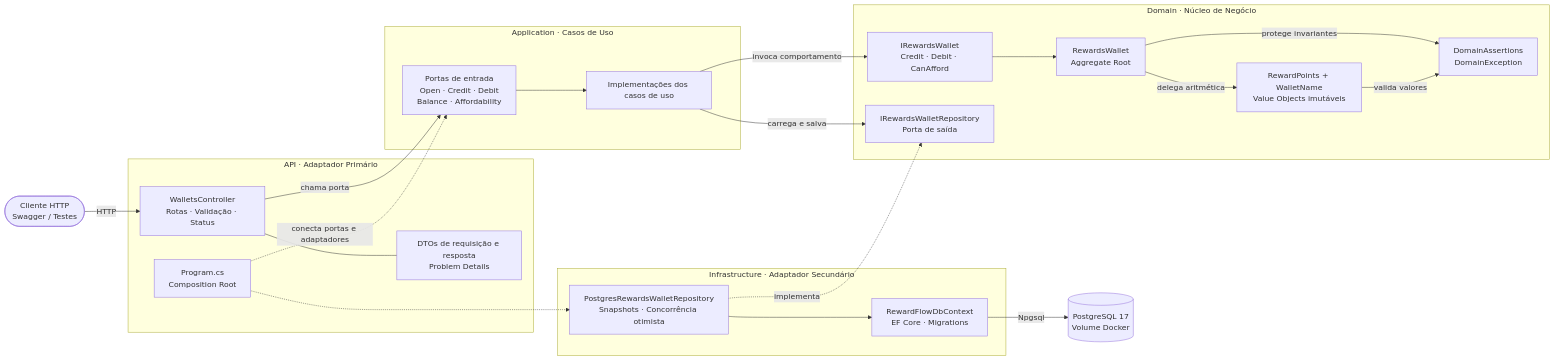
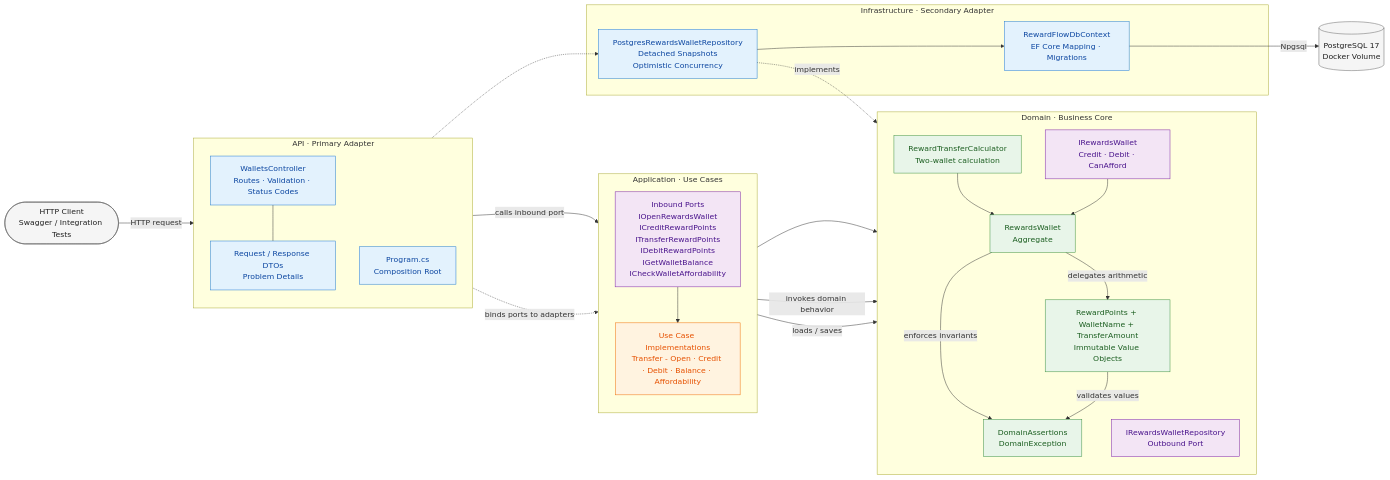
One commit to rfulgencio3/RewardFlow.SuppleDesign changed the second of 4 diagrams in README.pt-BR.md. Above: the diagram before and after it, drawn with Mermaid. The commit also changed other lines of this file and 48 other files, not shown here.

```diff
--- a/README.pt-BR.md
+++ b/README.pt-BR.md
@@ -230,45 +251,64 @@
 ~~~mermaid
 flowchart LR
-    Client([Cliente HTTP<br/>Swagger / Testes])
+    Client([HTTP Client<br/>Swagger / Integration Tests])
 
-    subgraph Api["API · Adaptador Primário"]
-        Controller["WalletsController<br/>Rotas · Validação · Status"]
-        DTOs["DTOs de requisição e resposta<br/>Problem Details"]
+    subgraph Api["API · Primary Adapter"]
+        direction TB
+        Controller["WalletsController<br/>Routes · Validation · Status Codes"]
+        DTOs["Request / Response DTOs<br/>Problem Details"]
         Composition["Program.cs<br/>Composition Root"]
         Controller --- DTOs
     end
 
-    subgraph Application["Application · Casos de Uso"]
-        InboundPorts["Portas de entrada<br/>Open · Credit · Debit<br/>Balance · Affordability"]
-        UseCases["Implementações dos casos de uso"]
+    subgraph Application["Application · Use Cases"]
+        direction TB
+        InboundPorts["Inbound Ports<br/>IOpenRewardsWallet<br/>ICreditRewardPoints<br/>ITransferRewardPoints<br/>IDebitRewardPoints<br/>IGetWalletBalance<br/>ICheckWalletAffordability"]
+        UseCases["Use Case Implementations<br/>Transfer - Open · Credit · Debit · Balance · Affordability"]
         InboundPorts --> UseCases
     end
 
-    subgraph Domain["Domain · Núcleo de Negócio"]
+    subgraph Domain["Domain · Business Core"]
+        direction TB
         WalletPort["IRewardsWallet<br/>Credit · Debit · CanAfford"]
-        Wallet["RewardsWallet<br/>Aggregate Root"]
-        Points["RewardPoints + WalletName<br/>Value Objects imutáveis"]
+        Wallet["RewardsWallet<br/>Aggregate"]
+        Points["RewardPoints + WalletName + TransferAmount<br/>Immutable Value Objects"]
         Rules["DomainAssertions<br/>DomainException"]
-        RepositoryPort["IRewardsWalletRepository<br/>Porta de saída"]
+        RepositoryPort["IRewardsWalletRepository<br/>Outbound Port"]
+
+        Calculator["RewardTransferCalculator<br/>Two-wallet calculation"]
+        UseCases --> Calculator
+        Calculator --> Wallet
         WalletPort --> Wallet
-        Wallet -->|delega aritmética| Points
-        Wallet -->|protege invariantes| Rules
-        Points -->|valida valores| Rules
+        Wallet -->|delegates arithmetic| Points
+        Wallet -->|enforces invariants| Rules
+        Points -->|validates values| Rules
     end
 
-    subgraph Infrastructure["Infrastructure · Adaptador Secundário"]
-        Repository["PostgresRewardsWalletRepository<br/>Snapshots · Concorrência otimista"]
-        DbContext["RewardFlowDbContext<br/>EF Core · Migrations"]
+    subgraph Infrastructure["Infrastructure · Secondary Adapter"]
+        Repository["PostgresRewardsWalletRepository<br/>Detached Snapshots<br/>Optimistic Concurrency"]
+        DbContext["RewardFlowDbContext<br/>EF Core Mapping · Migrations"]
         Repository --> DbContext
     end
 
-    Database[(PostgreSQL 17<br/>Volume Docker)]
-    Client -->|HTTP| Controller
-    Controller -->|chama porta| InboundPorts
-    UseCases -->|invoca comportamento| WalletPort
-    UseCases -->|carrega e salva| RepositoryPort
-    Repository -.->|implementa| RepositoryPort
+    Database[(PostgreSQL 17<br/>Docker Volume)]
+
+    Client -->|HTTP request| Controller
+    Controller -->|calls inbound port| InboundPorts
+    UseCases -->|invokes domain behavior| WalletPort
+    UseCases -->|loads / saves| RepositoryPort
+    Repository -.->|implements| RepositoryPort
     DbContext -->|Npgsql| Database
-    Composition -.->|conecta portas e adaptadores| InboundPorts
+    Composition -.->|binds ports to adapters| InboundPorts
     Composition -.-> Repository
+
+    classDef external fill:#f5f5f5,stroke:#616161,color:#212121
+    classDef adapter fill:#e3f2fd,stroke:#1976d2,color:#0d47a1
+    classDef application fill:#fff3e0,stroke:#ef6c00,color:#e65100
+    classDef domain fill:#e8f5e9,stroke:#388e3c,color:#1b5e20
+    classDef port fill:#f3e5f5,stroke:#7b1fa2,color:#4a148c
+    class Client,Database external
+    class Controller,DTOs,Composition,Repository,DbContext adapter
+    class UseCases application
+    class Wallet,Points,Rules,Calculator domain
+    class InboundPorts,WalletPort,RepositoryPort port
 ~~~
```
